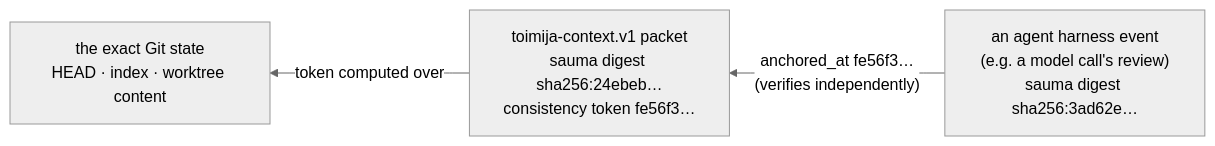
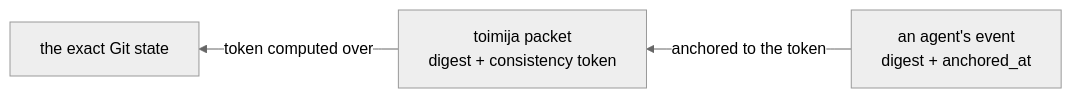
The fourth of 4 diagrams in README.md (false-systems/toimija), drawn with Mermaid (neutral theme) before and after one commit. The commit also changed other lines of this file, not shown here.

First line of the commit message:
docs: simplify the mermaid diagrams — one point each, details stay in prose (#103)

````diff
--- a/README.md
+++ b/README.md
@@ -384,9 +344,4 @@
 ```mermaid
 flowchart RL
-    EV["an agent harness event<br/>(e.g. a model call's review)<br/>sauma digest sha256:3ad62e…"]
-    PKT["toimija-context.v1 packet<br/>sauma digest sha256:24ebeb…<br/>consistency token fe56f3…"]
-    GITSTATE["the exact Git state<br/>HEAD · index · worktree content"]
-
-    EV -- "anchored_at fe56f3…<br/>(verifies independently)" --> PKT
-    PKT -- "token computed over" --> GITSTATE
+    EV["an agent's event<br/>digest + anchored_at"] -- "anchored to the token" --> PKT["toimija packet<br/>digest + consistency token"] -- "token computed over" --> GITSTATE["the exact Git state"]
 ```
````
